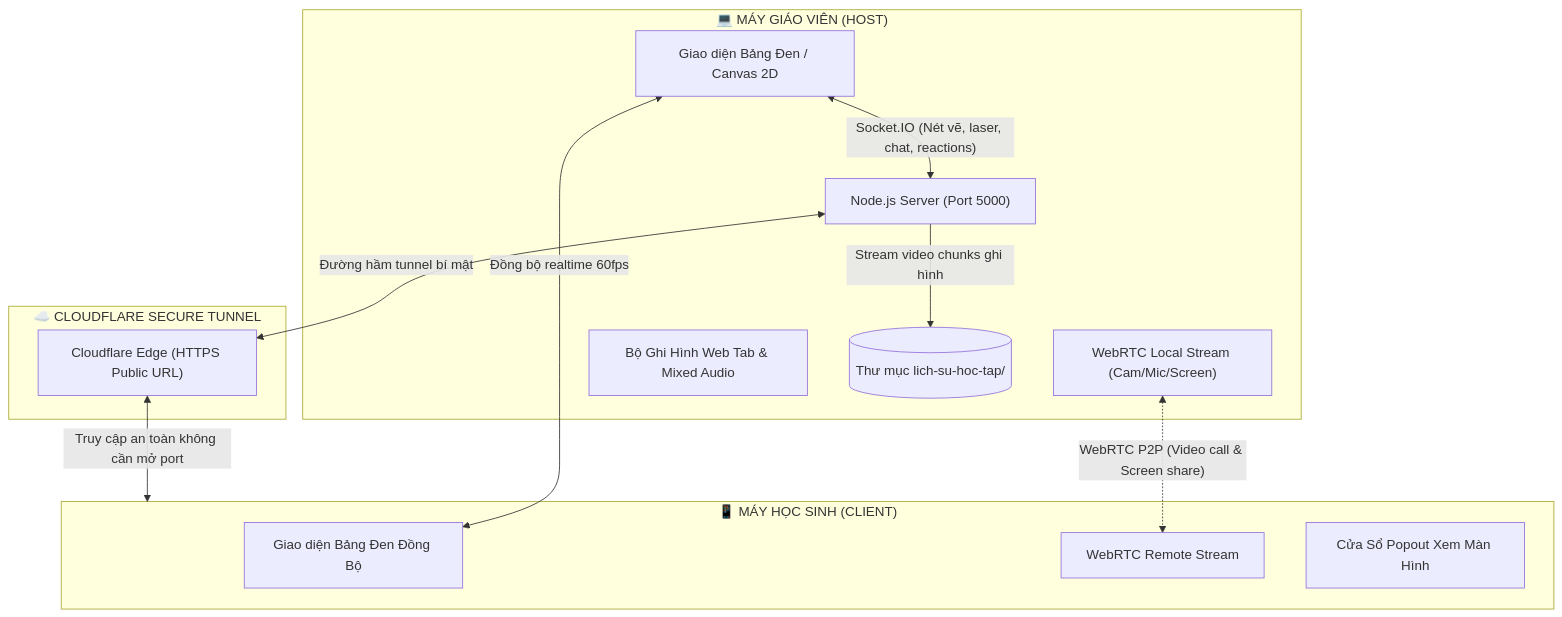
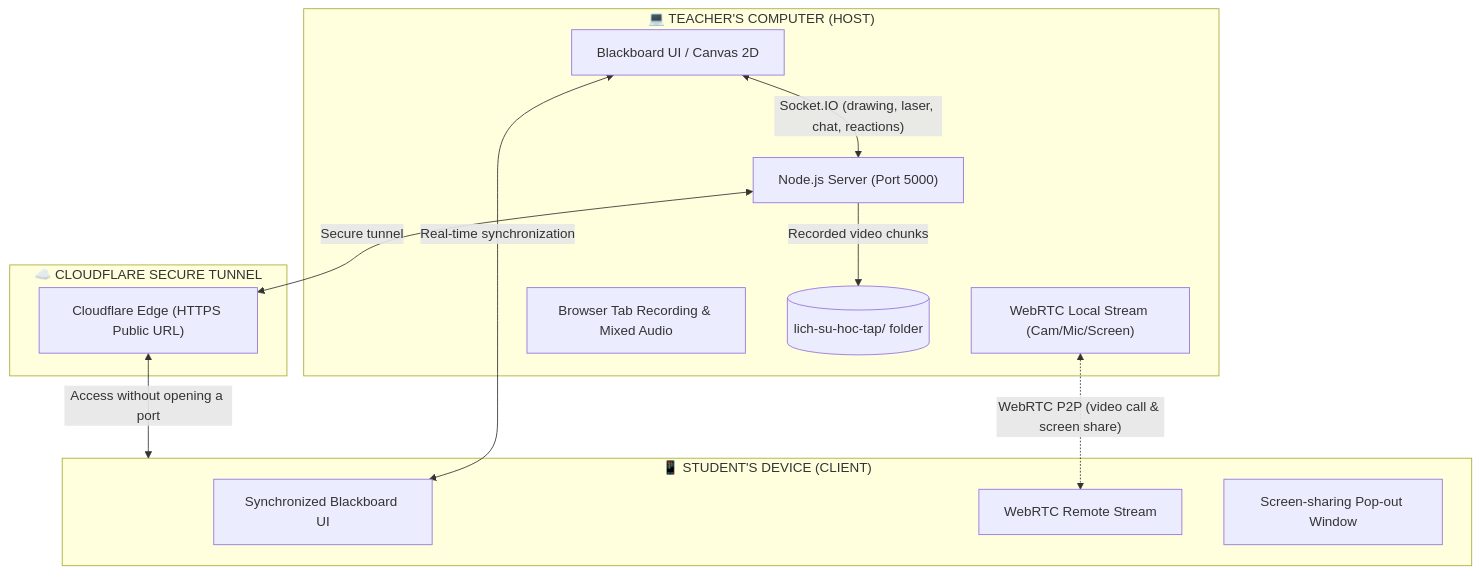
The diagram in README.md (hirodxxxx/LearnBoard), drawn with Mermaid before and after one commit. The commit also changed other lines of this file and 1 other file, not shown here.

````diff
--- a/README.md
+++ b/README.md
@@ -128,28 +141,28 @@
 ```mermaid
 flowchart TD
-    subgraph Teacher["💻 MÁY GIÁO VIÊN (HOST)"]
-        TB["Giao diện Bảng Đen / Canvas 2D"]
+    subgraph Teacher["💻 TEACHER'S COMPUTER (HOST)"]
+        TB["Blackboard UI / Canvas 2D"]
         TV["WebRTC Local Stream (Cam/Mic/Screen)"]
-        TR["Bộ Ghi Hình Web Tab & Mixed Audio"]
+        TR["Browser Tab Recording & Mixed Audio"]
         Server["Node.js Server (Port 5000)"]
-        Storage[("Thư mục lich-su-hoc-tap/")]
+        Storage[("lich-su-hoc-tap/ folder")]
     end
 
     subgraph Tunnel["☁️ CLOUDFLARE SECURE TUNNEL"]
         CF["Cloudflare Edge (HTTPS Public URL)"]
     end
 
-    subgraph Student["📱 MÁY HỌC SINH (CLIENT)"]
-        SB["Giao diện Bảng Đen Đồng Bộ"]
+    subgraph Student["📱 STUDENT'S DEVICE (CLIENT)"]
+        SB["Synchronized Blackboard UI"]
         SV["WebRTC Remote Stream"]
-        SC["Cửa Sổ Popout Xem Màn Hình"]
+        SC["Screen-sharing Pop-out Window"]
     end
 
-    Server -->|"Stream video chunks ghi hình"| Storage
-    TB <-->|"Socket.IO (Nét vẽ, laser, chat, reactions)"| Server
-    Server <-->|"Đường hầm tunnel bí mật"| CF
-    CF <-->|"Truy cập an toàn không cần mở port"| Student
+    Server -->|"Recorded video chunks"| Storage
+    TB <-->|"Socket.IO (drawing, laser, chat, reactions)"| Server
+    Server <-->|"Secure tunnel"| CF
+    CF <-->|"Access without opening a port"| Student
 
-    TV <-.->|"WebRTC P2P (Video call & Screen share)"| SV
-    TB <-->|"Đồng bộ realtime 60fps"| SB
+    TV <-.->|"WebRTC P2P (video call & screen share)"| SV
+    TB <-->|"Real-time synchronization"| SB
 ```
````
